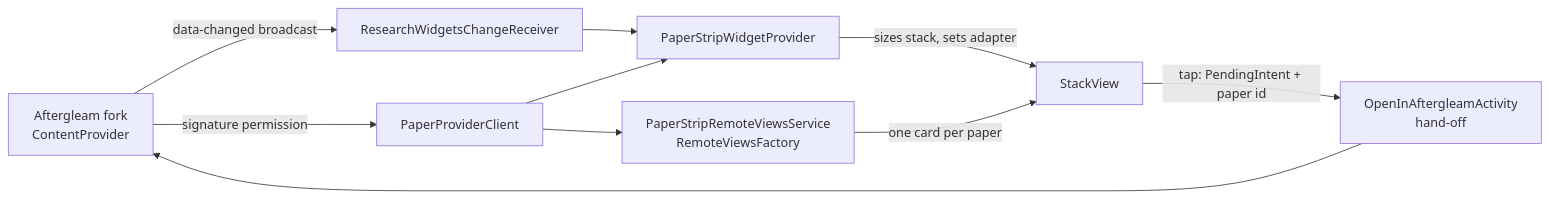
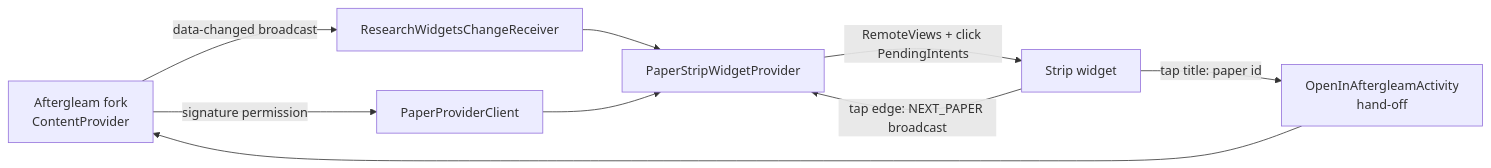
One commit to Placeholder2312/Research-Widgets changed the diagram in README.md. Above: the diagram before and after it, drawn with Mermaid. The commit also changed other lines of this file, not shown here.

First line of the commit message:
README: describe the plain-widget strip (tap to open, tap edge for next)

````diff
--- a/README.md
+++ b/README.md
@@ -40,12 +40,11 @@
 ```mermaid
 flowchart LR
     A[Aftergleam fork<br/>ContentProvider] -- signature permission --> C[PaperProviderClient]
     A -- data-changed broadcast --> R[ResearchWidgetsChangeReceiver]
     R --> P[PaperStripWidgetProvider]
     C --> P
-    P -- sizes stack, sets adapter --> S[StackView]
-    C --> F[PaperStripRemoteViewsService<br/>RemoteViewsFactory]
-    F -- one card per paper --> S
-    S -- tap: PendingIntent + paper id --> O[OpenInAftergleamActivity<br/>hand-off]
+    P -- RemoteViews + click PendingIntents --> W[Strip widget]
+    W -- tap title: paper id --> O[OpenInAftergleamActivity<br/>hand-off]
+    W -- tap edge: NEXT_PAPER broadcast --> P
     O --> A
 ```
````
